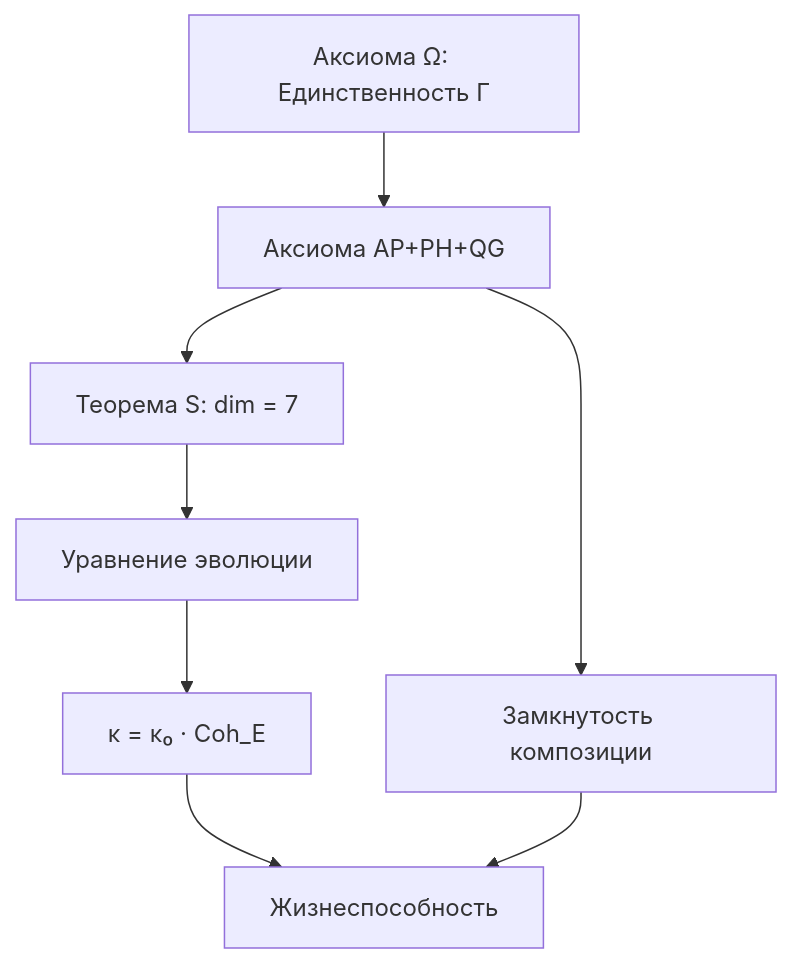
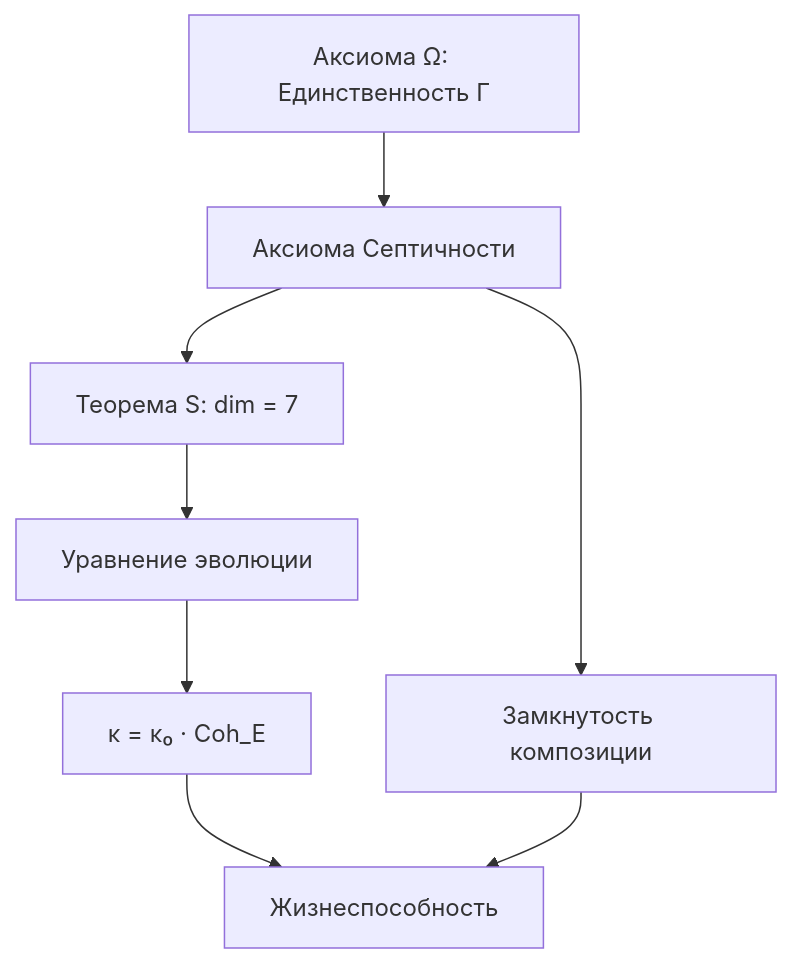
Before and after one commit to uhm-theory/holon: the diagram in website/docs/applied/coherence-cybernetics/axiomatics.md, drawn with Mermaid. The commit also changed other lines of this file and 36 other files, not shown here.

````diff
--- a/website/docs/applied/coherence-cybernetics/axiomatics.md
+++ b/website/docs/applied/coherence-cybernetics/axiomatics.md
@@ -186,10 +186,10 @@
 ```mermaid
 graph TD
-    O[Аксиома Ω: Единственность Γ] --> APQ[Аксиома AP+PH+QG]
+    O[Аксиома Ω: Единственность Γ] --> APQ[Аксиома Септичности]
     APQ --> S[Теорема S: dim = 7]
     S --> D[Уравнение эволюции]
     D --> K[κ = κ₀ · Coh_E]
     APQ --> C[Замкнутость композиции]
     K --> V[Жизнеспособность]
     C --> V
 ```
````
